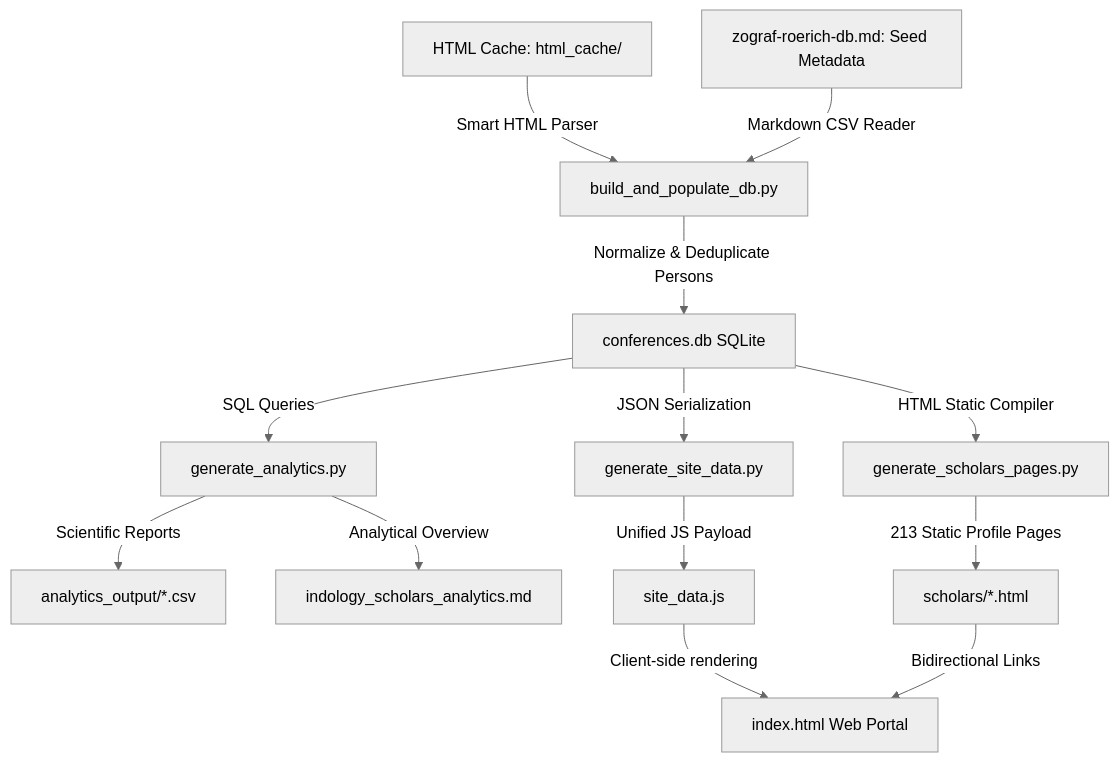
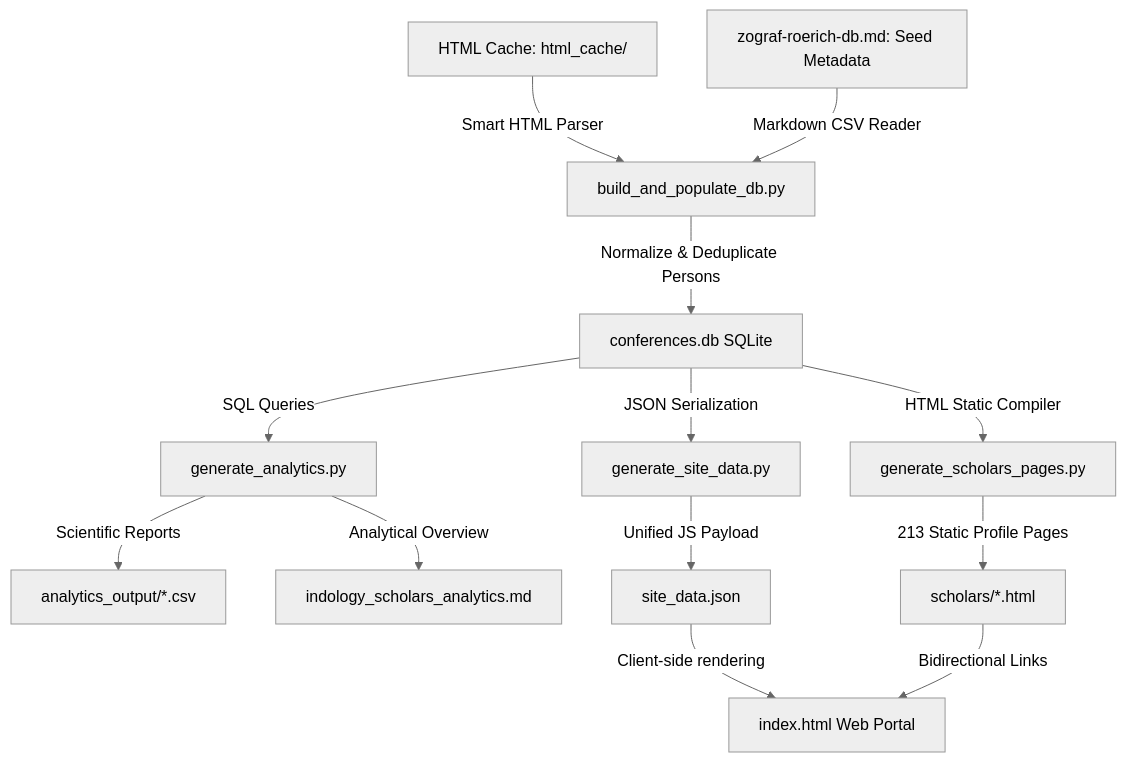
One commit to gasyoun/IndologyScholars changed the first of 2 diagrams in README.md. Above: the diagram before and after it, drawn with Mermaid (neutral theme). The commit also changed other lines of this file and 20 other files, not shown here.

First line of the commit message:
perf: convert site_data.js → async JSON fetch + preload (SEO-E)

````diff
--- a/README.md
+++ b/README.md
@@ -14,15 +14,15 @@
 ```mermaid
 graph TD
     A[HTML Cache: html_cache/] -->|Smart HTML Parser| B[build_and_populate_db.py]
     C[zograf-roerich-db.md: Seed Metadata] -->|Markdown CSV Reader| B
     B -->|Normalize & Deduplicate Persons| D[conferences.db SQLite]
     D -->|SQL Queries| E[generate_analytics.py]
     D -->|JSON Serialization| F[generate_site_data.py]
     D -->|HTML Static Compiler| K[generate_scholars_pages.py]
     E -->|Scientific Reports| G[analytics_output/*.csv]
     E -->|Analytical Overview| H[indology_scholars_analytics.md]
-    F -->|Unified JS Payload| I[site_data.js]
+    F -->|Unified JS Payload| I[site_data.json]
     I -->|Client-side rendering| J[index.html Web Portal]
     K -->|213 Static Profile Pages| L[scholars/*.html]
     L -->|Bidirectional Links| J
 ```
````
